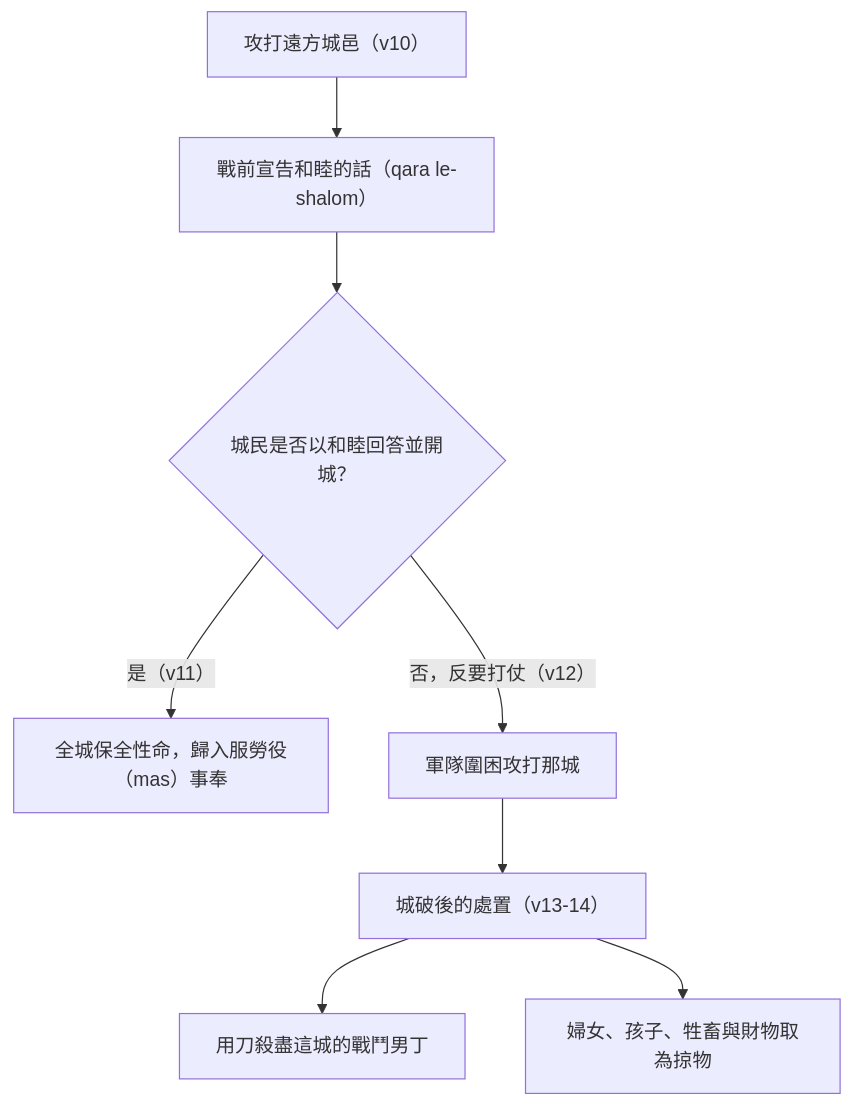
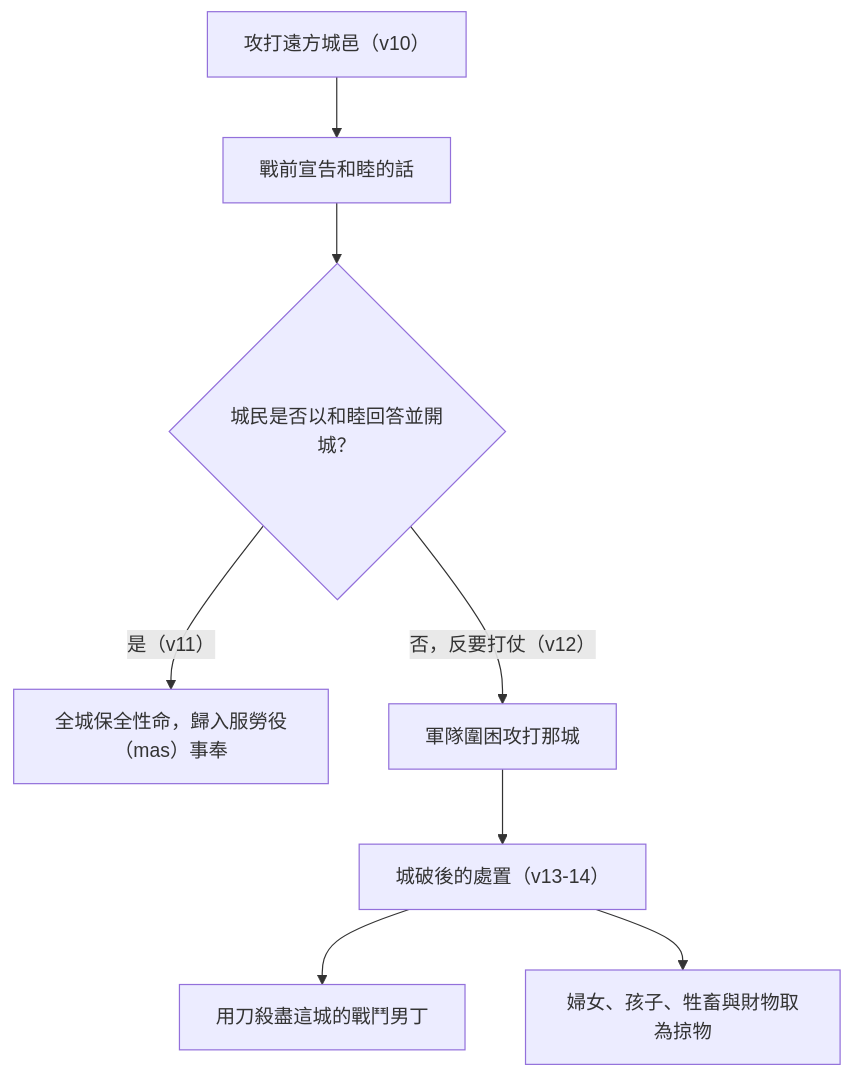
One commit to andyjr5566/Bible_wiki_zh_website changed the diagram in content/link_folder/主題/遠方城的招降條例.md. Above: the diagram before and after it, drawn with Mermaid. The commit also changed other lines of this file and 1885 other files, not shown here.

````diff
--- a/content/link_folder/主題/遠方城的招降條例.md
+++ b/content/link_folder/主題/遠方城的招降條例.md
@@ -49,10 +49,10 @@
 ```mermaid
 flowchart TD
-    A["攻打遠方城邑（v10）"] --> B["戰前宣告和睦的話（qara le-shalom）"]
+    A["攻打遠方城邑（v10）"] --> B["戰前宣告和睦的話"]
     B --> C{"城民是否以和睦回答並開城？"}
     C -->|"是（v11）"| D["全城保全性命，歸入服勞役（mas）事奉"]
     C -->|"否，反要打仗（v12）"| E["軍隊圍困攻打那城"]
     E --> F["城破後的處置（v13-14）"]
     F --> G["用刀殺盡這城的戰鬥男丁"]
     F --> H["婦女、孩子、牲畜與財物取為掠物"]
 ```
````
